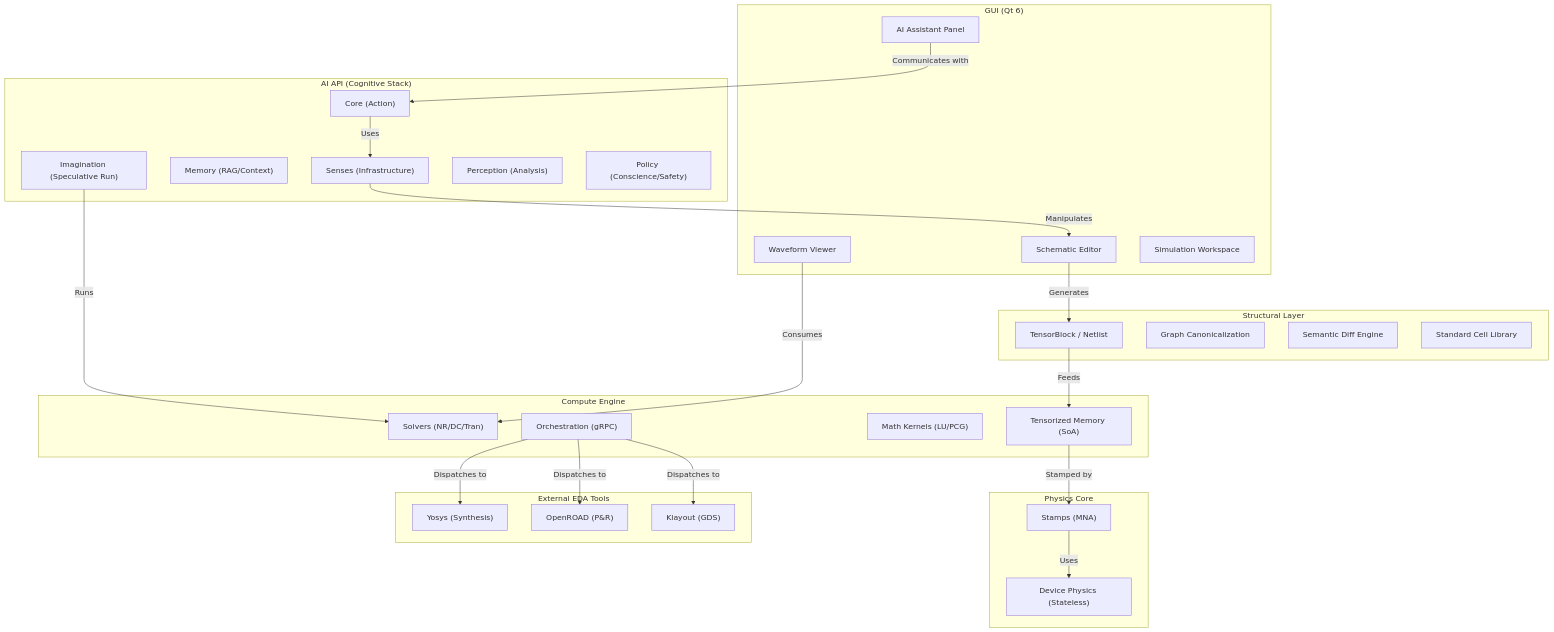
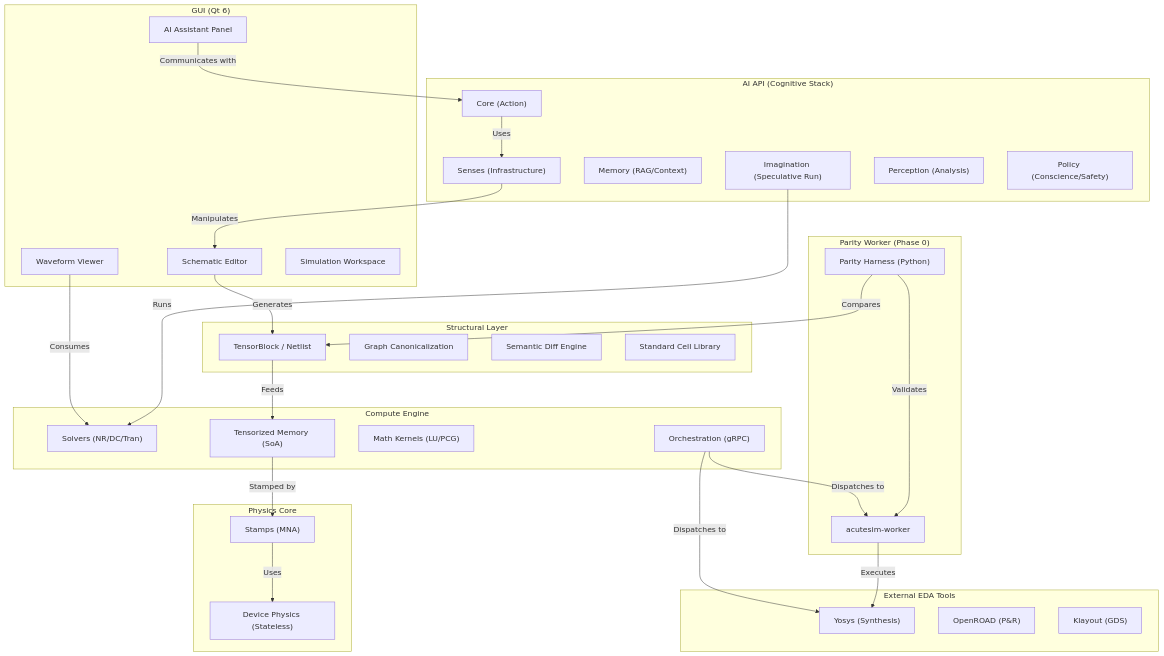
Before and after one commit to Seshak-code/OpenVLSI: the diagram in context.md, drawn with Mermaid. The commit also changed 20 other files, not shown here.

````diff
--- a/context.md
+++ b/context.md
@@ -7,57 +7,64 @@
 ```mermaid
 graph TD
     subgraph GUI ["GUI (Qt 6)"]
         SE["Schematic Editor"]
         AV["AI Assistant Panel"]
         WV["Waveform Viewer"]
         WS["Simulation Workspace"]
     end
 
     subgraph AI_API ["AI API (Cognitive Stack)"]
         Core["Core (Action)"]
         Sens["Senses (Infrastructure)"]
         Mem["Memory (RAG/Context)"]
         Imag["Imagination (Speculative Run)"]
         Perc["Perception (Analysis)"]
         Pol["Policy (Conscience/Safety)"]
     end
 
     subgraph Structural ["Structural Layer"]
         TB["TensorBlock / Netlist"]
         GC["Graph Canonicalization"]
         Diff["Semantic Diff Engine"]
         SC["Standard Cell Library"]
     end
 
     subgraph Compute ["Compute Engine"]
         Solv["Solvers (NR/DC/Tran)"]
         Tens["Tensorized Memory (SoA)"]
         Math["Math Kernels (LU/PCG)"]
         Orch["Orchestration (gRPC)"]
     end
 
     subgraph Physics ["Physics Core"]
         DP["Device Physics (Stateless)"]
         Stmp["Stamps (MNA)"]
     end
 
     subgraph External ["External EDA Tools"]
         Yosys["Yosys (Synthesis)"]
         OR["OpenROAD (P&R)"]
         KL["Klayout (GDS)"]
     end
 
+    subgraph Worker ["Parity Worker (Phase 0)"]
+        ASW["acutesim-worker"]
+        PH["Parity Harness (Python)"]
+    end
+
     %% Interconnections
     SE -->|Generates| TB
     TB -->|Feeds| Tens
     Tens -->|Stamped by| Stmp
     Stmp -->|Uses| DP
     WV -->|Consumes| Solv
     AV -->|Communicates with| Core
     Core -->|Uses| Sens
     Sens -->|Manipulates| SE
     Imag -->|Runs| Solv
     Orch -->|Dispatches to| Yosys
-    Orch -->|Dispatches to| OR
-    Orch -->|Dispatches to| KL
+    Orch -->|Dispatches to| ASW
+    ASW -->|Executes| Yosys
+    PH -->|Validates| ASW
+    PH -->|Compares| TB
 ```
````
